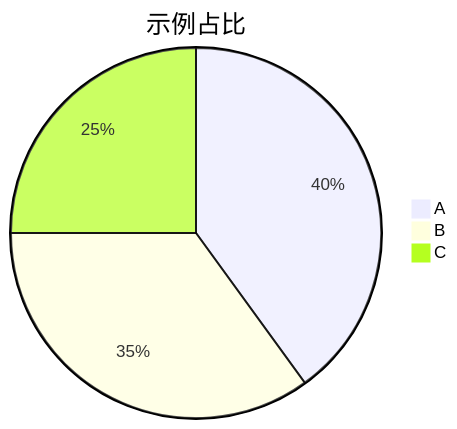
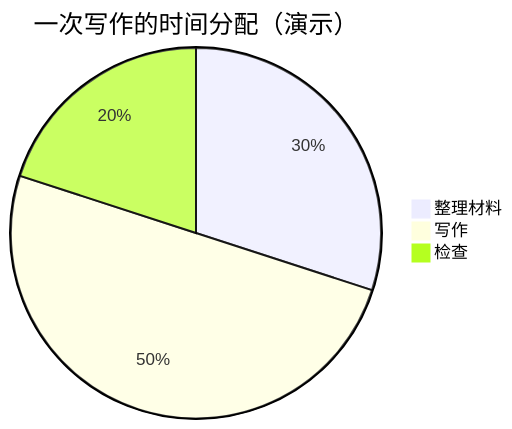
Before and after one commit to Yunz93/Mozi: the third of 3 diagrams in src-tauri/resources/sample-notes/01-Markdown-语法示例.md, drawn with Mermaid. The commit also changed other lines of this file and 67 other files, not shown here.

````diff
--- a/src-tauri/resources/sample-notes/01-Markdown-语法示例.md
+++ b/src-tauri/resources/sample-notes/01-Markdown-语法示例.md
@@ -154,6 +153,6 @@
 ```mermaid
-pie title 示例占比
-  "A" : 40
-  "B" : 35
-  "C" : 25
+pie title 一次写作的时间分配（演示）
+  "整理材料" : 30
+  "写作" : 50
+  "检查" : 20
 ```
````
